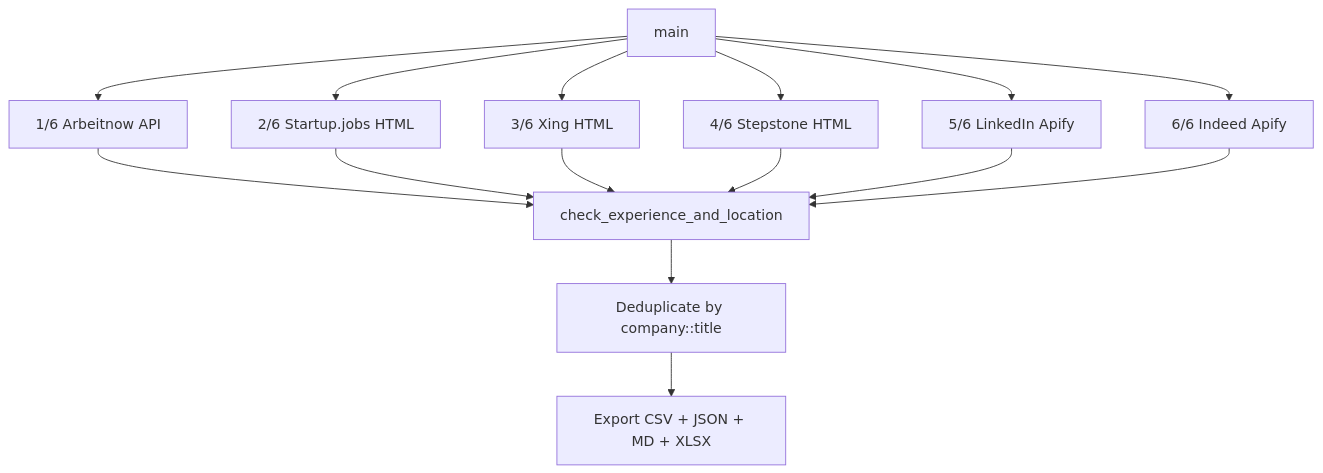
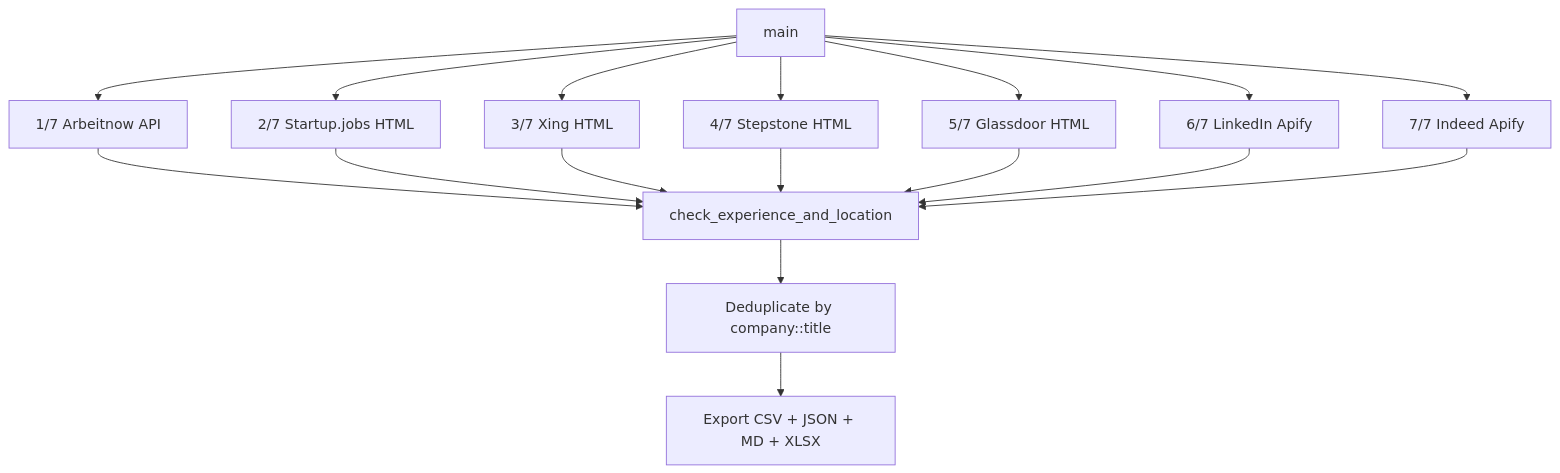
One commit to SagarMarthandan/Simple-Job-Scraper changed the diagram in README.md. Above: the diagram before and after it, drawn with Mermaid. The commit also changed other lines of this file and 4 other files, not shown here.

First line of the commit message:
fix: add post-filter to Indeed/LinkedIn to reject stale jobs (>24h)

````diff
--- a/README.md
+++ b/README.md
@@ -112,17 +113,19 @@
 ```mermaid
 graph TD
-    A[main] --> B[1/6 Arbeitnow API]
-    A --> C[2/6 Startup.jobs HTML]
-    A --> D[3/6 Xing HTML]
-    A --> E[4/6 Stepstone HTML]
-    A --> F[5/6 LinkedIn Apify]
-    A --> G[6/6 Indeed Apify]
-    B --> H[check_experience_and_location]
-    C --> H
-    D --> H
-    E --> H
-    F --> H
-    G --> H
-    H --> I[Deduplicate by company::title]
-    I --> J[Export CSV + JSON + MD + XLSX]
+    A[main] --> B[1/7 Arbeitnow API]
+    A --> C[2/7 Startup.jobs HTML]
+    A --> D[3/7 Xing HTML]
+    A --> E[4/7 Stepstone HTML]
+    A --> F[5/7 Glassdoor HTML]
+    A --> G[6/7 LinkedIn Apify]
+    A --> H[7/7 Indeed Apify]
+    B --> I[check_experience_and_location]
+    C --> I
+    D --> I
+    E --> I
+    F --> I
+    G --> I
+    H --> I
+    I --> J[Deduplicate by company::title]
+    J --> K[Export CSV + JSON + MD + XLSX]
 ```
````
